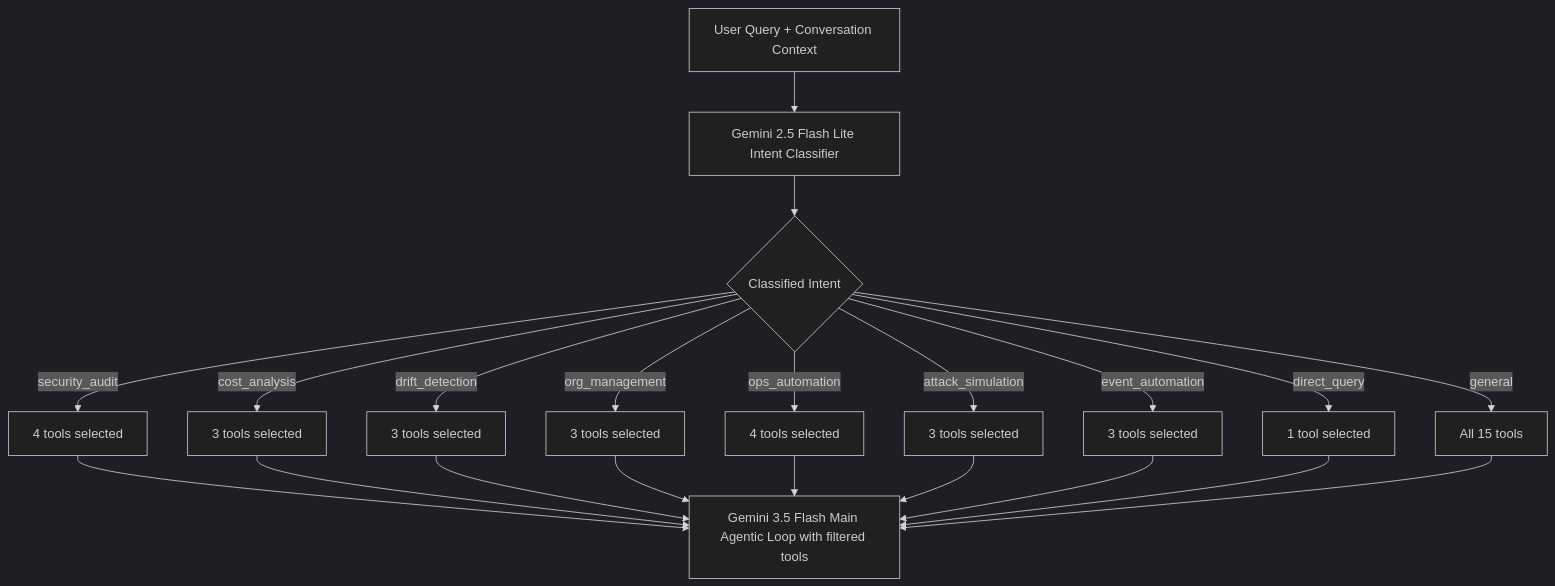
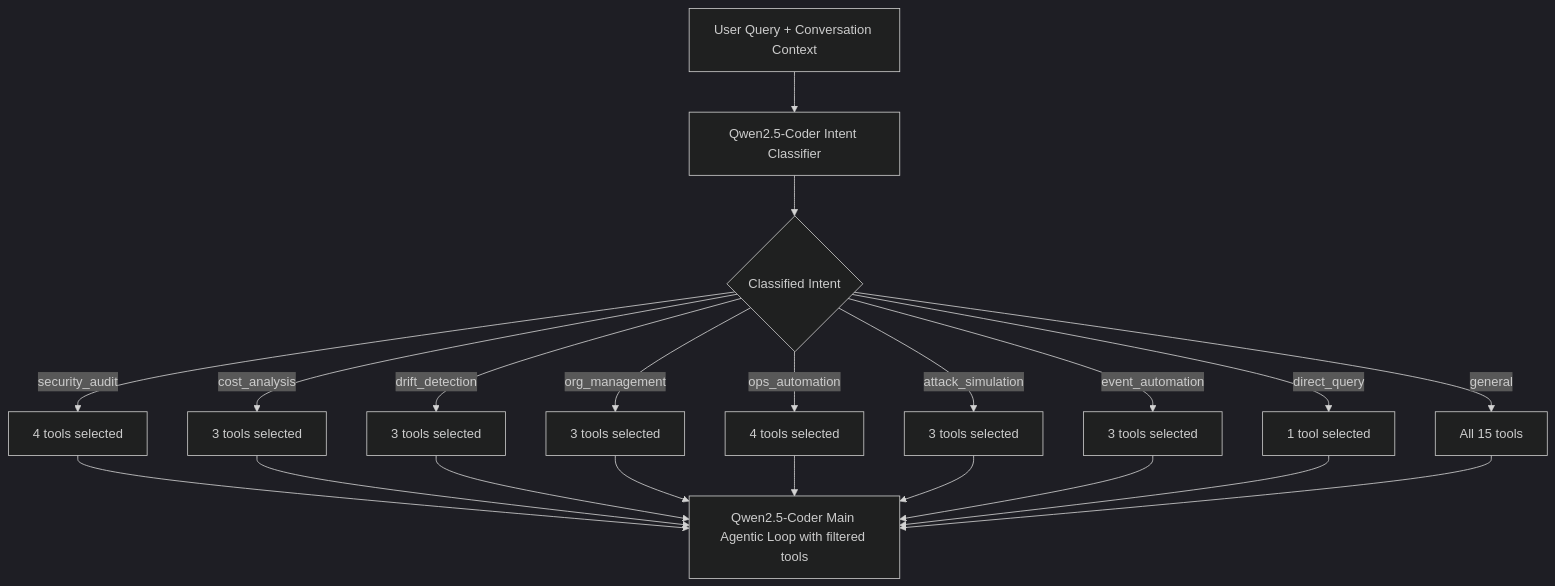
Before and after one commit to ritvikindupuri/CloudPilot-AI---AWS-Security-Agent: the sixth of 43 diagrams in TECHNICAL_DOCUMENTATION.md, drawn with Mermaid (dark theme). The commit also changed other lines of this file, not shown here.

Commit message:
docs: replace remaining Gemini references in TECHNICAL_DOCUMENTATION.md with Qwen2.5-Coder and local Ollama API

````diff
--- a/TECHNICAL_DOCUMENTATION.md
+++ b/TECHNICAL_DOCUMENTATION.md
@@ -593,23 +593,23 @@
 ```mermaid
 flowchart TD
-    A[User Query + Conversation Context] --> B[Gemini 2.5 Flash Lite Intent Classifier]
+    A[User Query + Conversation Context] --> B[Qwen2.5-Coder Intent Classifier]
     B --> C{Classified Intent}
     C -- security_audit --> D[4 tools selected]
     C -- cost_analysis --> E[3 tools selected]
     C -- drift_detection --> F[3 tools selected]
     C -- org_management --> G[3 tools selected]
     C -- ops_automation --> H[4 tools selected]
     C -- attack_simulation --> I[3 tools selected]
     C -- event_automation --> J[3 tools selected]
     C -- direct_query --> K[1 tool selected]
     C -- general --> L[All 15 tools]
-    D --> M[Gemini 3.5 Flash Main Agentic Loop with filtered tools]
+    D --> M[Qwen2.5-Coder Main Agentic Loop with filtered tools]
     E --> M
     F --> M
     G --> M
     H --> M
     I --> M
     J --> M
     K --> M
     L --> M
 ```
````
